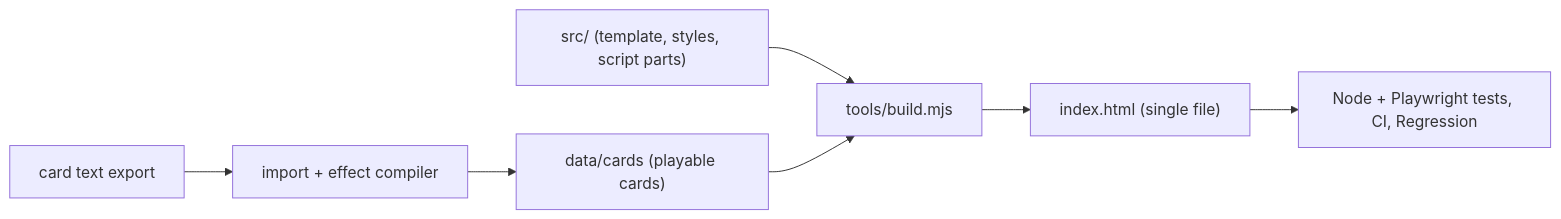
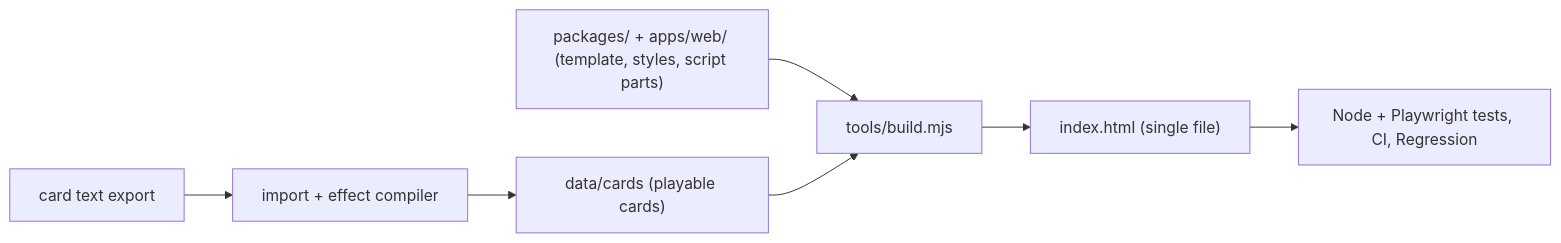
One commit to odinguard009/aeterna changed the diagram in README.md. Above: the diagram before and after it, drawn with Mermaid. The commit also changed other lines of this file and 164 other files, not shown here.

First line of the commit message:
chore: names by topic (engine modules, mechanics docs, tests, template and styles)

````diff
--- a/README.md
+++ b/README.md
@@ -23,8 +23,8 @@
 ```mermaid
 flowchart LR
-  src["src/ (template, styles, script parts)"] --> build["tools/build.mjs"]
+  src["packages/ + apps/web/ (template, styles, script parts)"] --> build["tools/build.mjs"]
   data["data/cards (playable cards)"] --> build
   build --> game["index.html (single file)"]
   fandom["card text export"] --> import["import + effect compiler"] --> data
   game --> tests["Node + Playwright tests, CI, Regression"]
 ```
````
